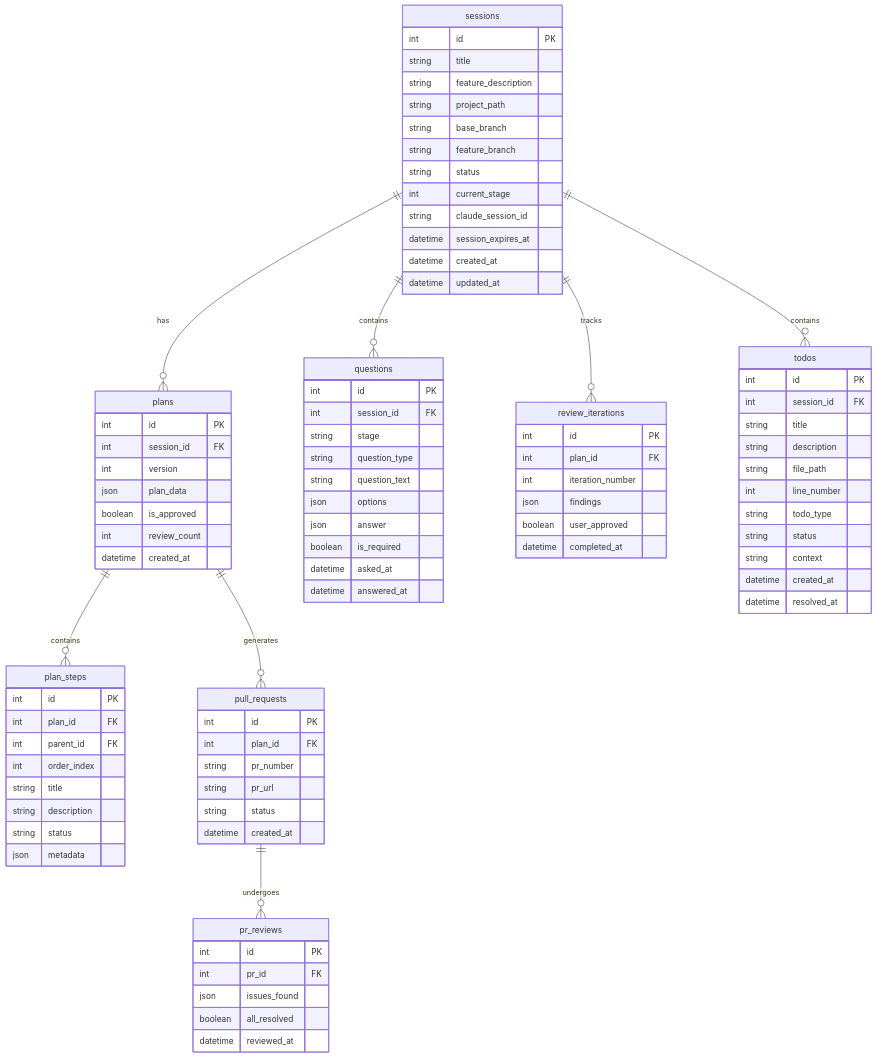
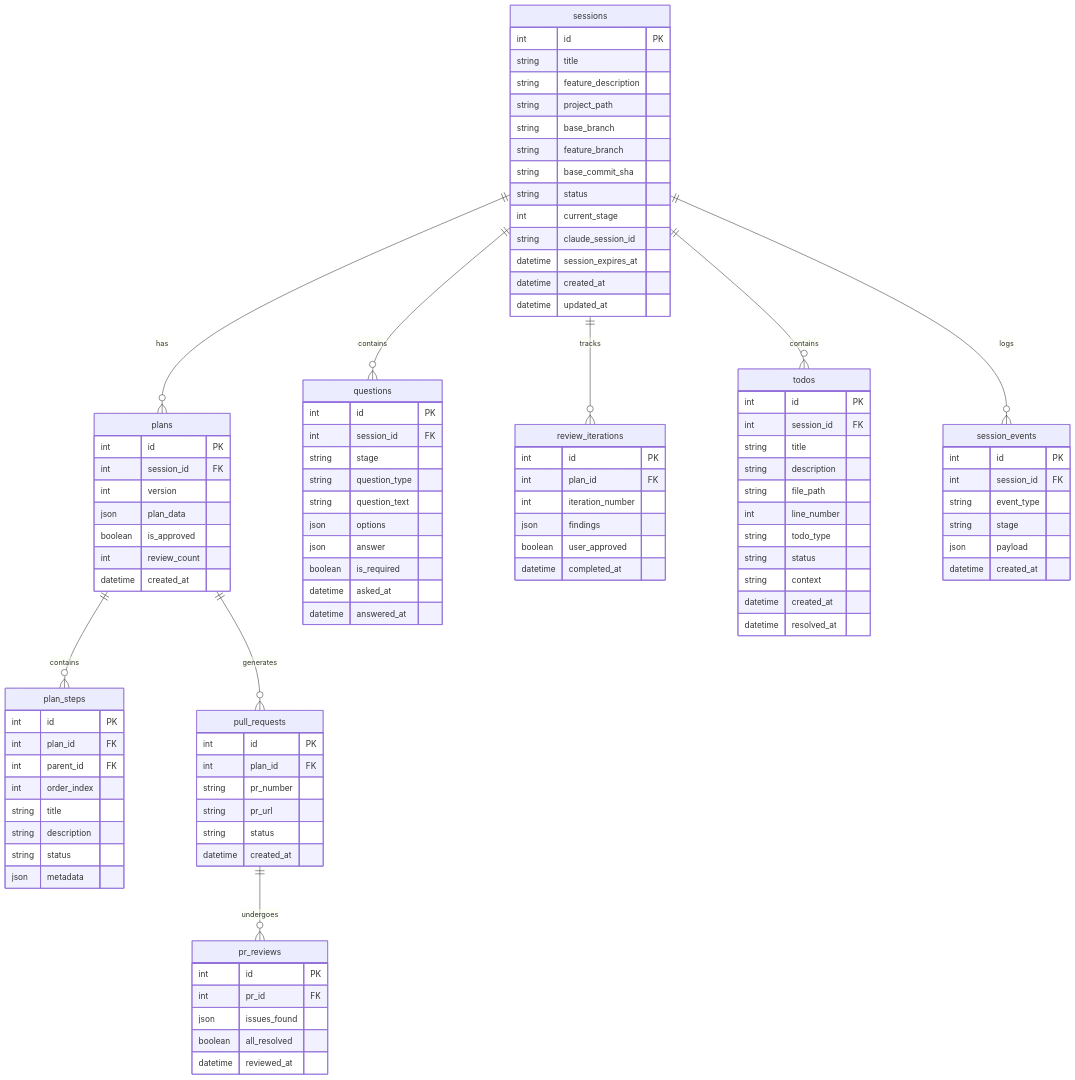
Before and after one commit to clrke/ralph-web: the eighth of 15 diagrams in README.md, drawn with Mermaid. The commit also changed other lines of this file, not shown here.

````diff
--- a/README.md
+++ b/README.md
@@ -468,6 +452,7 @@
     sessions ||--o{ questions : contains
     sessions ||--o{ review_iterations : tracks
     sessions ||--o{ todos : contains
+    sessions ||--o{ session_events : logs
     plans ||--o{ plan_steps : contains
     plans ||--o{ pull_requests : generates
     pull_requests ||--o{ pr_reviews : undergoes
@@ -479,6 +464,7 @@
         string project_path
         string base_branch
         string feature_branch
+        string base_commit_sha
         string status
         int current_stage
         string claude_session_id
@@ -560,4 +546,13 @@
         datetime created_at
         datetime resolved_at
     }
+
+    session_events {
+        int id PK
+        int session_id FK
+        string event_type
+        string stage
+        json payload
+        datetime created_at
+    }
 ```
````
